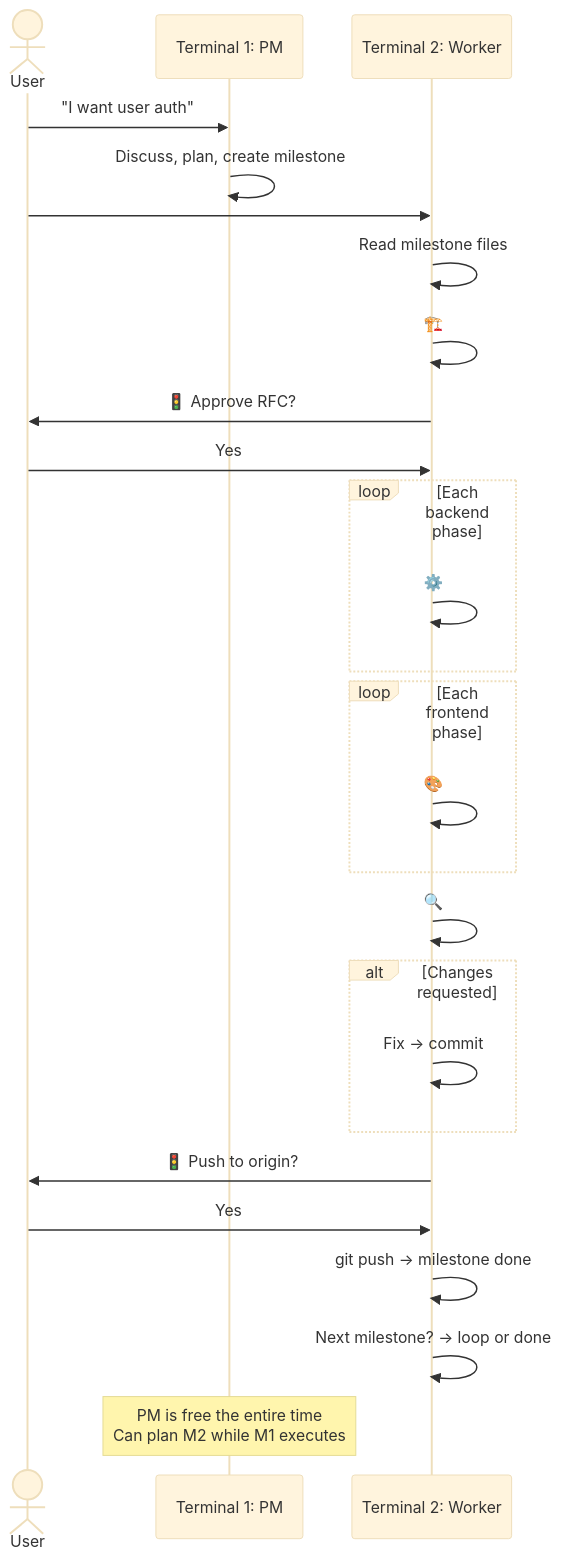
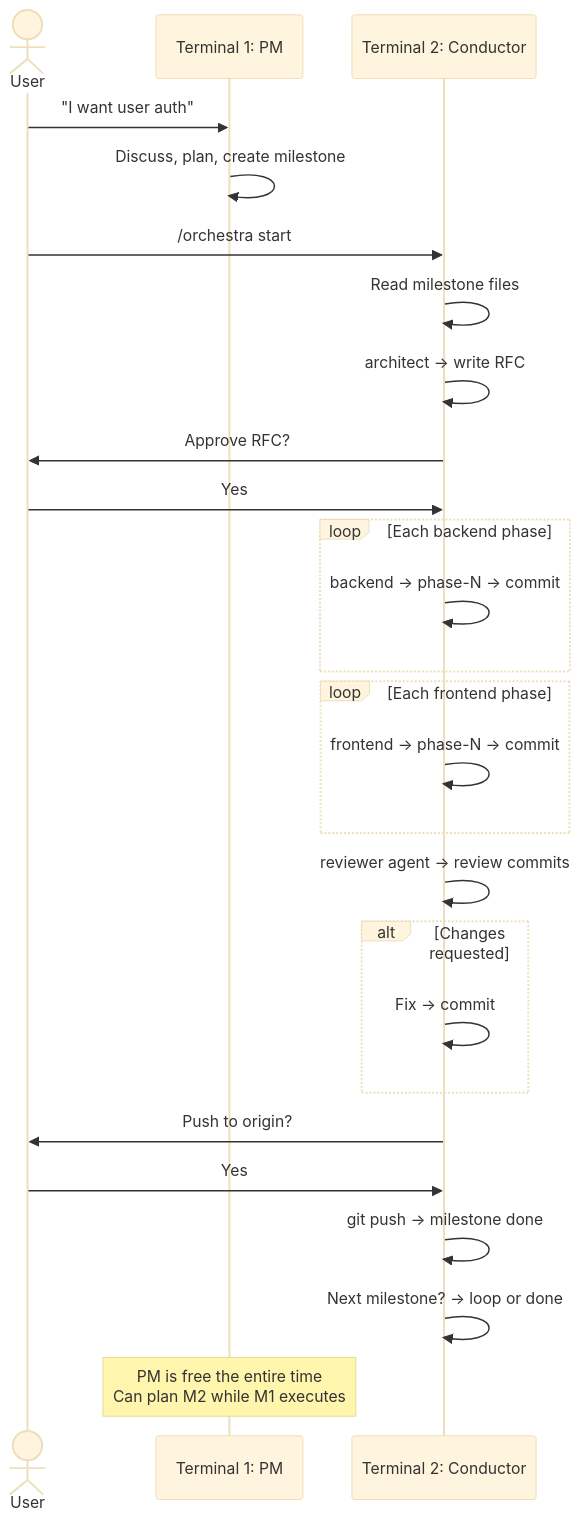
Before and after one commit to sulhadin/orchestrator: the first of 2 diagrams in template/.orchestra/README.md, drawn with Mermaid (base theme). The commit also changed other lines of this file and 15 other files, not shown here.

First line of the commit message:
fix(orchestra): resolve 16 consistency issues from orchestra-reviewer audit

````diff
--- a/template/.orchestra/README.md
+++ b/template/.orchestra/README.md
@@ -325,38 +302,38 @@
 ```mermaid
 sequenceDiagram
     actor U as User
     participant PM as Terminal 1: PM
-    participant W as Terminal 2: Worker
+    participant C as Terminal 2: Conductor
 
     U->>PM: "I want user auth"
     PM->>PM: Discuss, plan, create milestone
 
-    U->>W: #start
-    W->>W: Read milestone files
+    U->>C: /orchestra start
+    C->>C: Read milestone files
 
-    W->>W: 🏗️ #architect → write RFC
-    W->>U: 🚦 Approve RFC?
-    U->>W: Yes
+    C->>C: architect → write RFC
+    C->>U: Approve RFC?
+    U->>C: Yes
 
     loop Each backend phase
-        W->>W: ⚙️ #backend → phase-N → commit
+        C->>C: backend → phase-N → commit
     end
 
     loop Each frontend phase
-        W->>W: 🎨 #frontend → phase-N → commit
+        C->>C: frontend → phase-N → commit
     end
 
-    W->>W: 🔍 #reviewer → review commits
+    C->>C: reviewer agent → review commits
 
     alt Changes requested
-        W->>W: Fix → commit
+        C->>C: Fix → commit
     end
 
-    W->>U: 🚦 Push to origin?
-    U->>W: Yes
-    W->>W: git push → milestone done
+    C->>U: Push to origin?
+    U->>C: Yes
+    C->>C: git push → milestone done
 
-    W->>W: Next milestone? → loop or done
+    C->>C: Next milestone? → loop or done
 
     Note over PM: PM is free the entire time<br/>Can plan M2 while M1 executes
 ```
````
